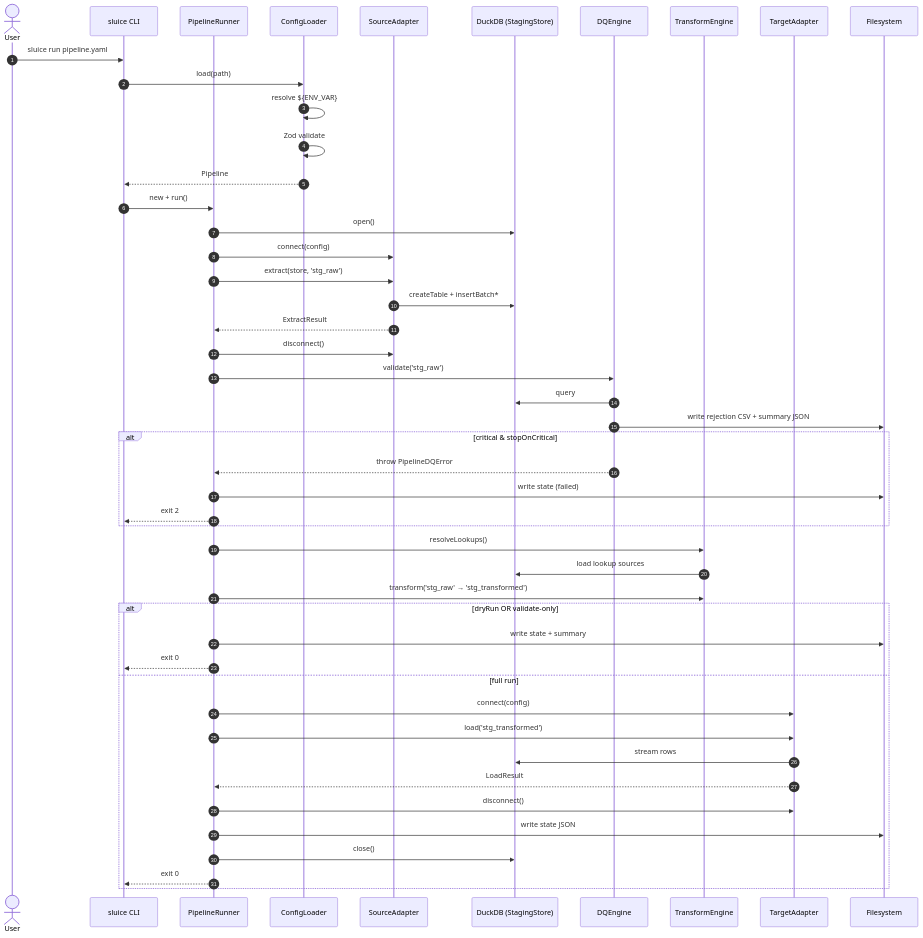
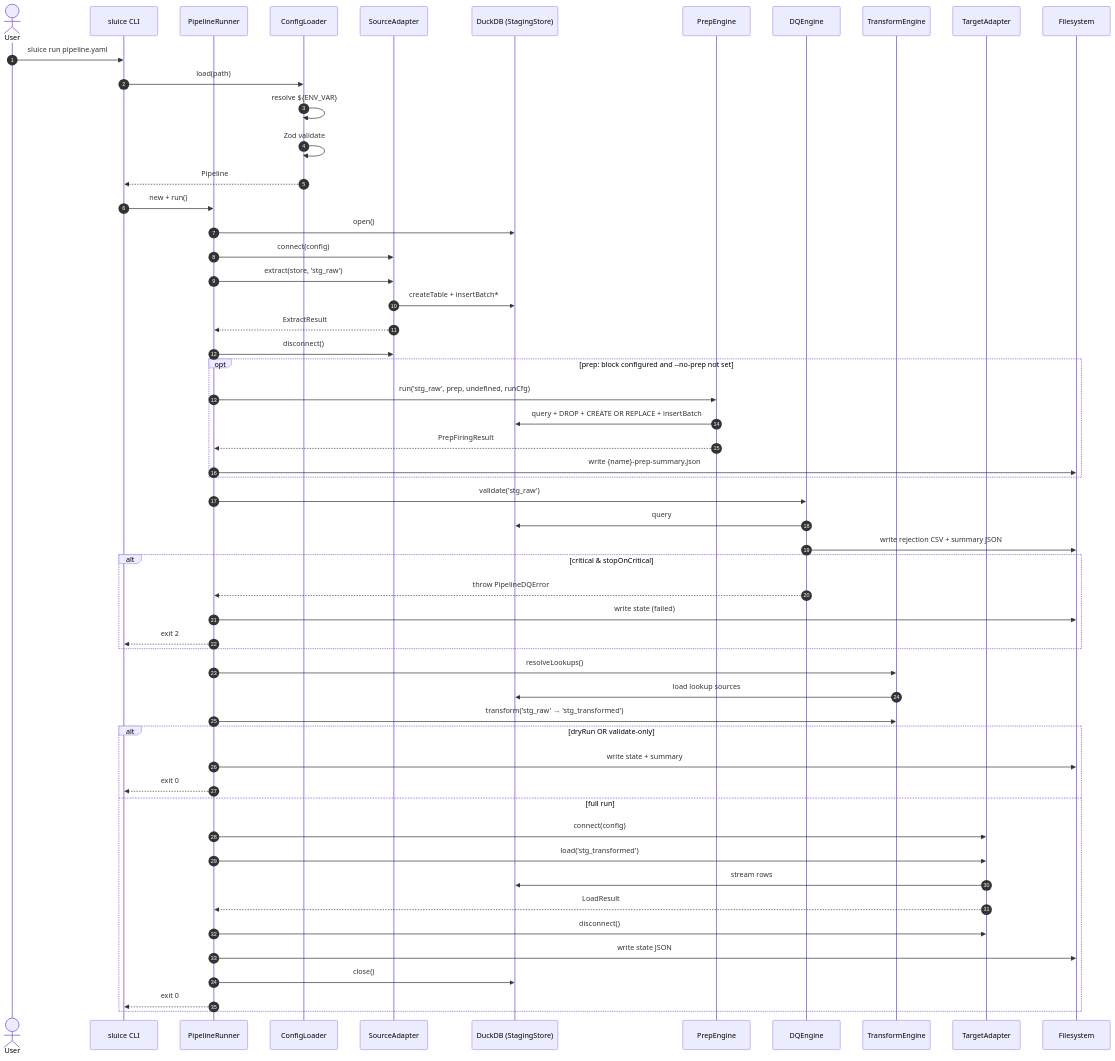
The third of 14 diagrams in docs/architecture-diagrams.md (caracal-lynx/sluice), drawn with Mermaid before and after one commit. The commit also changed other lines of this file and 24 other files, not shown here.

````diff
--- a/docs/architecture-diagrams.md
+++ b/docs/architecture-diagrams.md
@@ -180,55 +180,63 @@
 ```mermaid
 sequenceDiagram
     autonumber
     actor User
     participant CLI as sluice CLI
     participant Run as PipelineRunner
     participant Cfg as ConfigLoader
     participant Src as SourceAdapter
     participant Duck as DuckDB (StagingStore)
+    participant Prep as PrepEngine
     participant DQ as DQEngine
     participant Tx as TransformEngine
     participant Tgt as TargetAdapter
     participant FS as Filesystem
 
     User->>CLI: sluice run pipeline.yaml
     CLI->>Cfg: load(path)
     Cfg->>Cfg: resolve ${ENV_VAR}
     Cfg->>Cfg: Zod validate
     Cfg-->>CLI: Pipeline
     CLI->>Run: new + run()
 
     Run->>Duck: open()
     Run->>Src: connect(config)
     Run->>Src: extract(store, 'stg_raw')
     Src->>Duck: createTable + insertBatch*
     Src-->>Run: ExtractResult
     Run->>Src: disconnect()
+
+    opt prep: block configured and --no-prep not set
+        Run->>Prep: run('stg_raw', prep, undefined, runCfg)
+        Prep->>Duck: query + DROP + CREATE OR REPLACE + insertBatch
+        Prep-->>Run: PrepFiringResult
+        Run->>FS: write {name}-prep-summary.json
+    end
 
     Run->>DQ: validate('stg_raw')
     DQ->>Duck: query
     DQ->>FS: write rejection CSV + summary JSON
     alt critical & stopOnCritical
         DQ-->>Run: throw PipelineDQError
         Run->>FS: write state (failed)
         Run-->>CLI: exit 2
     end
 
     Run->>Tx: resolveLookups()
     Tx->>Duck: load lookup sources
     Run->>Tx: transform('stg_raw' → 'stg_transformed')
 
     alt dryRun OR validate-only
         Run->>FS: write state + summary
         Run-->>CLI: exit 0
     else full run
         Run->>Tgt: connect(config)
         Run->>Tgt: load('stg_transformed')
         Tgt->>Duck: stream rows
         Tgt-->>Run: LoadResult
         Run->>Tgt: disconnect()
         Run->>FS: write state JSON
         Run->>Duck: close()
         Run-->>CLI: exit 0
     end
 ```
````
